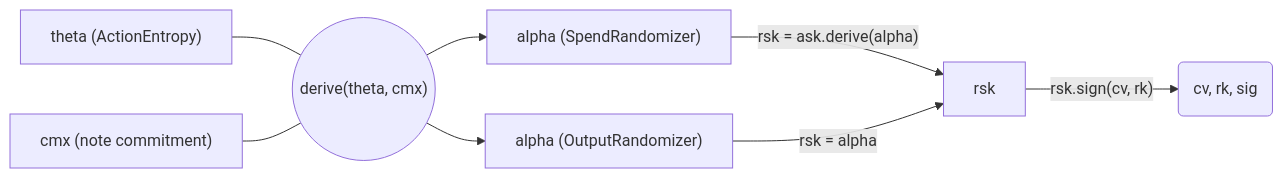
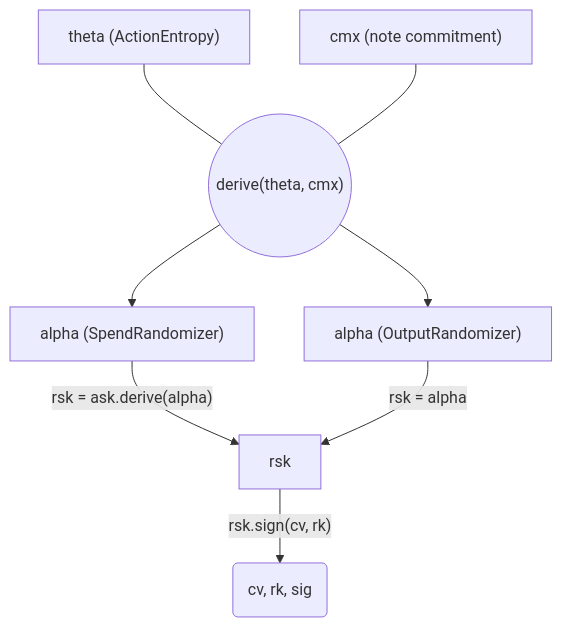
One commit to tachyon-zcash/tachyon changed the first of 2 diagrams in book/src/authorization.md. Above: the diagram before and after it, drawn with Mermaid.

Commit message:
change graph direction

````diff
--- a/book/src/authorization.md
+++ b/book/src/authorization.md
@@ -9,15 +9,15 @@
 ```mermaid
-flowchart LR
+flowchart TB
     theta["theta (ActionEntropy)"]
     cmx["cmx (note commitment)"]
     hash(("derive(theta, cmx)"))
 
     theta & cmx --- hash --> spend_alpha & output_alpha
 
     spend_alpha["alpha (SpendRandomizer)"]
     output_alpha["alpha (OutputRandomizer)"]
 
     spend_alpha -->|"rsk = ask.derive(alpha)"| rsk
 
     output_alpha -->|"rsk = alpha"| rsk -->|"rsk.sign(cv, rk)"| action(cv, rk, sig)
 ```
````
